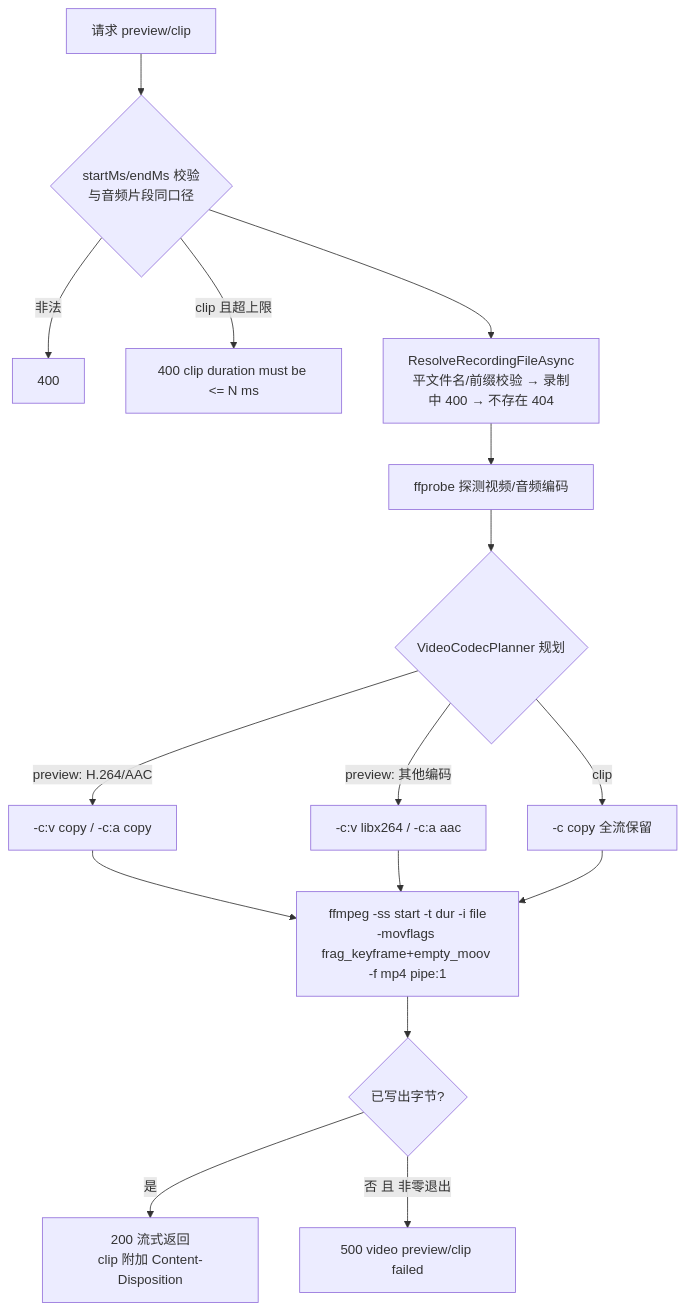
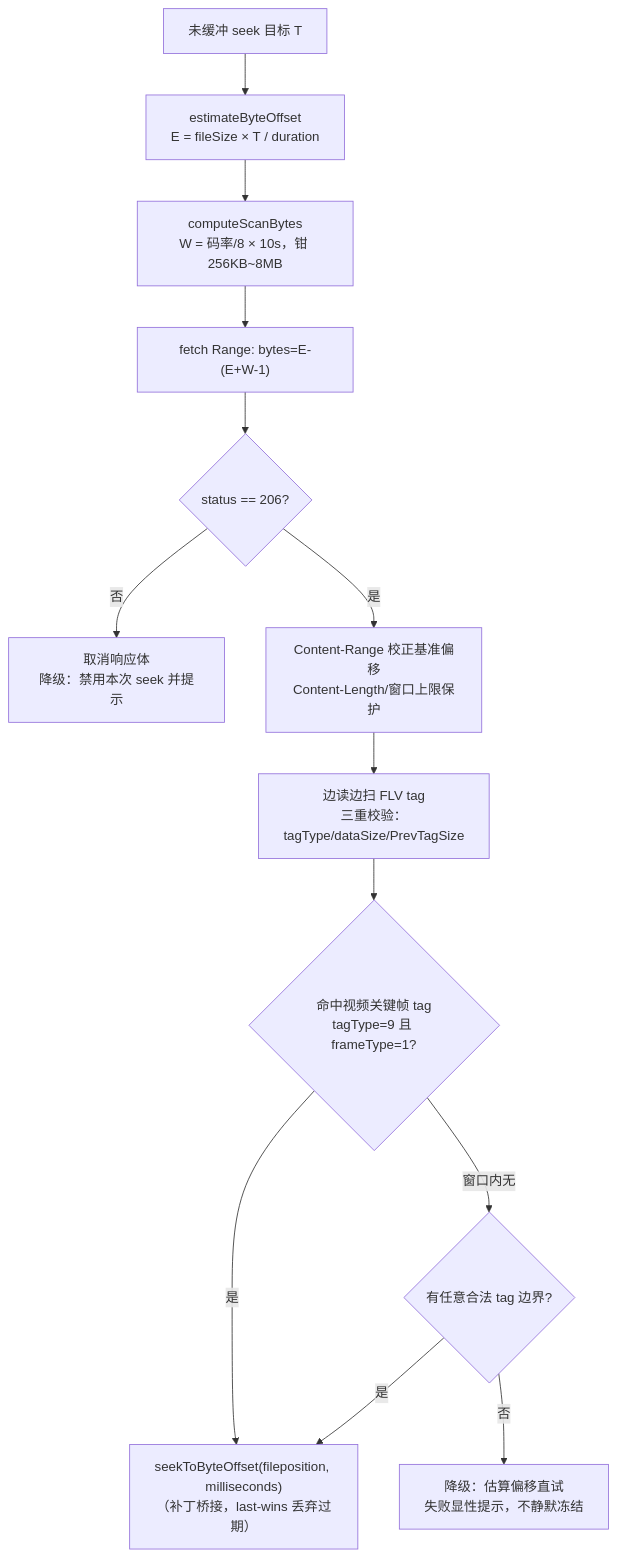
The third of 3 diagrams in docs/engineering/proposals/20261021-proposal-recording-preview-clip.md (Deliay/z-vtuber), drawn with Mermaid before and after one commit. The commit also changed other lines of this file and 1 other file, not shown here.

Commit message:
docs(recording-preview-clip): 返工修订——预览定位播放改用 mpegts + 关键帧预测方案

````diff
--- a/docs/engineering/proposals/20261021-proposal-recording-preview-clip.md
+++ b/docs/engineering/proposals/20261021-proposal-recording-preview-clip.md
@@ -183,16 +182,15 @@
 ```mermaid
 flowchart TD
-    A[请求 preview/clip] --> B{startMs/endMs 校验<br/>与音频片段同口径}
-    B -->|非法| C[400]
-    B -->|clip 且超上限| D[400 clip duration must be <= N ms]
-    B --> E[ResolveRecordingFileAsync<br/>平文件名/前缀校验 → 录制中 400 → 不存在 404]
-    E --> F[ffprobe 探测视频/音频编码]
-    F --> G{VideoCodecPlanner 规划}
-    G -->|preview: H.264/AAC| H[-c:v copy / -c:a copy]
-    G -->|preview: 其他编码| I[-c:v libx264 / -c:a aac]
-    G -->|clip| J[-c copy 全流保留]
-    H & I & J --> K["ffmpeg -ss start -t dur -i file<br/>-movflags frag_keyframe+empty_moov -f mp4 pipe:1"]
-    K --> L{已写出字节?}
-    L -->|是| M[200 流式返回<br/>clip 附加 Content-Disposition]
-    L -->|否 且 非零退出| N[500 video preview/clip failed]
+    A[未缓冲 seek 目标 T] --> B[estimateByteOffset<br/>E = fileSize × T / duration]
+    B --> C[computeScanBytes<br/>W = 码率/8 × 10s，钳 256KB~8MB]
+    C --> D["fetch Range: bytes=E-(E+W-1)"]
+    D --> E{status == 206?}
+    E -->|否| F[取消响应体<br/>降级：禁用本次 seek 并提示]
+    E -->|是| G[Content-Range 校正基准偏移<br/>Content-Length/窗口上限保护]
+    G --> H[边读边扫 FLV tag<br/>三重校验：tagType/dataSize/PrevTagSize]
+    H --> I{命中视频关键帧 tag<br/>tagType=9 且 frameType=1?}
+    I -->|是| J["seekToByteOffset(fileposition, milliseconds)<br/>（补丁桥接，last-wins 丢弃过期）"]
+    I -->|窗口内无| K{有任意合法 tag 边界?}
+    K -->|是| J
+    K -->|否| L[降级：估算偏移直试<br/>失败显性提示，不静默冻结]
 ```
````
